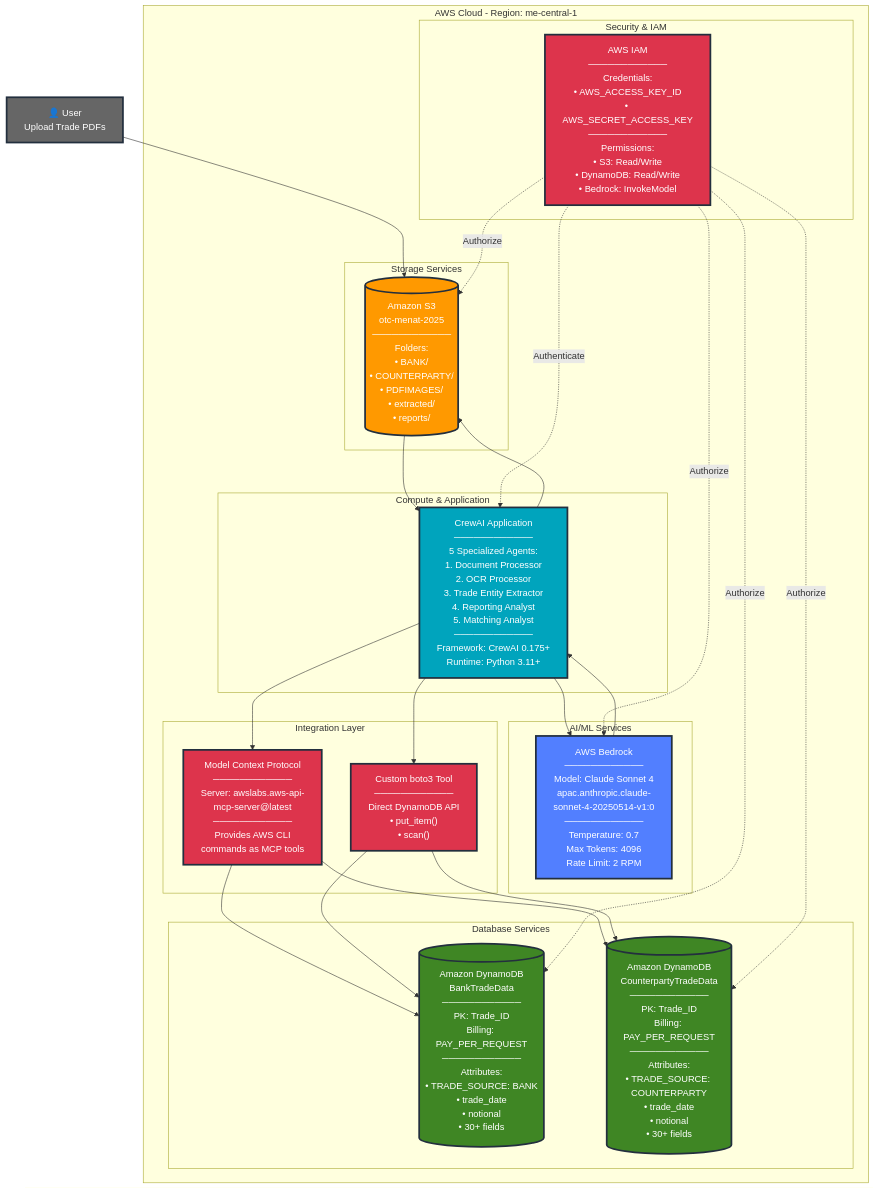
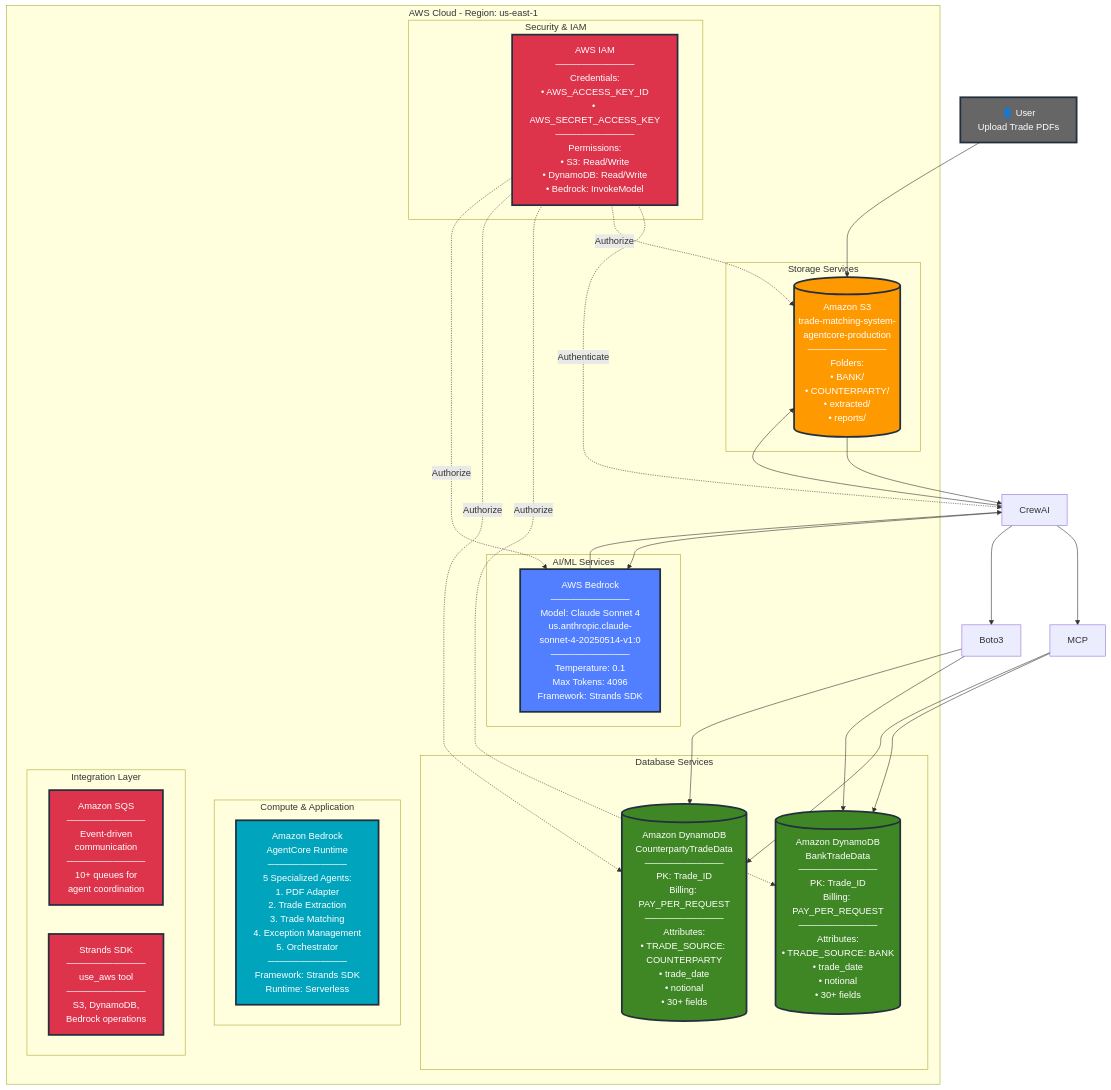
One commit to koushal2018/ai-trade-matching-system changed the first of 2 diagrams in docs/aws-services-diagram.md. Above: the diagram before and after it, drawn with Mermaid. The commit also changed other lines of this file and 59 other files, not shown here.

````diff
--- a/docs/aws-services-diagram.md
+++ b/docs/aws-services-diagram.md
@@ -5,70 +5,70 @@
 ```mermaid
 graph TB
-    subgraph "AWS Cloud - Region: me-central-1"
+    subgraph "AWS Cloud - Region: us-east-1"
         subgraph "Storage Services"
-            S3[("Amazon S3<br/>otc-menat-2025<br/>────────────<br/>Folders:<br/>• BANK/<br/>• COUNTERPARTY/<br/>• PDFIMAGES/<br/>• extracted/<br/>• reports/")]
+            S3[("Amazon S3<br/>trade-matching-system-<br/>agentcore-production<br/>────────────<br/>Folders:<br/>• BANK/<br/>• COUNTERPARTY/<br/>• extracted/<br/>• reports/")]
         end
 
         subgraph "AI/ML Services"
-            Bedrock["AWS Bedrock<br/>────────────<br/>Model: Claude Sonnet 4<br/>apac.anthropic.claude-<br/>sonnet-4-20250514-v1:0<br/>────────────<br/>Temperature: 0.7<br/>Max Tokens: 4096<br/>Rate Limit: 2 RPM"]
+            Bedrock["AWS Bedrock<br/>────────────<br/>Model: Claude Sonnet 4<br/>us.anthropic.claude-<br/>sonnet-4-20250514-v1:0<br/>────────────<br/>Temperature: 0.1<br/>Max Tokens: 4096<br/>Framework: Strands SDK"]
         end
 
         subgraph "Database Services"
             DDB1[("Amazon DynamoDB<br/>BankTradeData<br/>────────────<br/>PK: Trade_ID<br/>Billing: PAY_PER_REQUEST<br/>────────────<br/>Attributes:<br/>• TRADE_SOURCE: BANK<br/>• trade_date<br/>• notional<br/>• 30+ fields")]
 
             DDB2[("Amazon DynamoDB<br/>CounterpartyTradeData<br/>────────────<br/>PK: Trade_ID<br/>Billing: PAY_PER_REQUEST<br/>────────────<br/>Attributes:<br/>• TRADE_SOURCE: COUNTERPARTY<br/>• trade_date<br/>• notional<br/>• 30+ fields")]
         end
 
         subgraph "Compute & Application"
-            CrewAI["CrewAI Application<br/>────────────<br/>5 Specialized Agents:<br/>1. Document Processor<br/>2. OCR Processor<br/>3. Trade Entity Extractor<br/>4. Reporting Analyst<br/>5. Matching Analyst<br/>────────────<br/>Framework: CrewAI 0.175+<br/>Runtime: Python 3.11+"]
+            AgentCore["Amazon Bedrock<br/>AgentCore Runtime<br/>────────────<br/>5 Specialized Agents:<br/>1. PDF Adapter<br/>2. Trade Extraction<br/>3. Trade Matching<br/>4. Exception Management<br/>5. Orchestrator<br/>────────────<br/>Framework: Strands SDK<br/>Runtime: Serverless"]
         end
 
         subgraph "Integration Layer"
-            MCP["Model Context Protocol<br/>────────────<br/>Server: awslabs.aws-api-<br/>mcp-server@latest<br/>────────────<br/>Provides AWS CLI<br/>commands as MCP tools"]
+            SQS["Amazon SQS<br/>────────────<br/>Event-driven<br/>communication<br/>────────────<br/>10+ queues for<br/>agent coordination"]
 
-            Boto3["Custom boto3 Tool<br/>────────────<br/>Direct DynamoDB API<br/>• put_item()<br/>• scan()"]
+            Strands["Strands SDK<br/>────────────<br/>use_aws tool<br/>────────────<br/>S3, DynamoDB,<br/>Bedrock operations"]
         end
 
         subgraph "Security & IAM"
             IAM["AWS IAM<br/>────────────<br/>Credentials:<br/>• AWS_ACCESS_KEY_ID<br/>• AWS_SECRET_ACCESS_KEY<br/>────────────<br/>Permissions:<br/>• S3: Read/Write<br/>• DynamoDB: Read/Write<br/>• Bedrock: InvokeModel"]
         end
     end
 
     %% External Input
     User[👤 User<br/>Upload Trade PDFs]
 
     %% Data Flow
     User --> S3
     S3 --> CrewAI
     CrewAI --> Bedrock
     Bedrock --> CrewAI
     CrewAI --> MCP
     CrewAI --> Boto3
     MCP --> DDB1
     MCP --> DDB2
     Boto3 --> DDB1
     Boto3 --> DDB2
     CrewAI --> S3
     IAM -.->|Authenticate| CrewAI
     IAM -.->|Authorize| S3
     IAM -.->|Authorize| DDB1
     IAM -.->|Authorize| DDB2
     IAM -.->|Authorize| Bedrock
 
     %% Styling
     classDef storage fill:#FF9900,stroke:#232F3E,stroke-width:3px,color:#fff
     classDef compute fill:#00A4BD,stroke:#232F3E,stroke-width:3px,color:#fff
     classDef ai fill:#527FFF,stroke:#232F3E,stroke-width:3px,color:#fff
     classDef database fill:#3F8624,stroke:#232F3E,stroke-width:3px,color:#fff
     classDef integration fill:#DD344C,stroke:#232F3E,stroke-width:3px,color:#fff
     classDef security fill:#DD344C,stroke:#232F3E,stroke-width:3px,color:#fff
     classDef user fill:#666,stroke:#232F3E,stroke-width:3px,color:#fff
 
     class S3 storage
-    class CrewAI compute
+    class AgentCore compute
     class Bedrock ai
     class DDB1,DDB2 database
-    class MCP,Boto3 integration
+    class SQS,Strands integration
     class IAM security
     class User user
 ```
````
